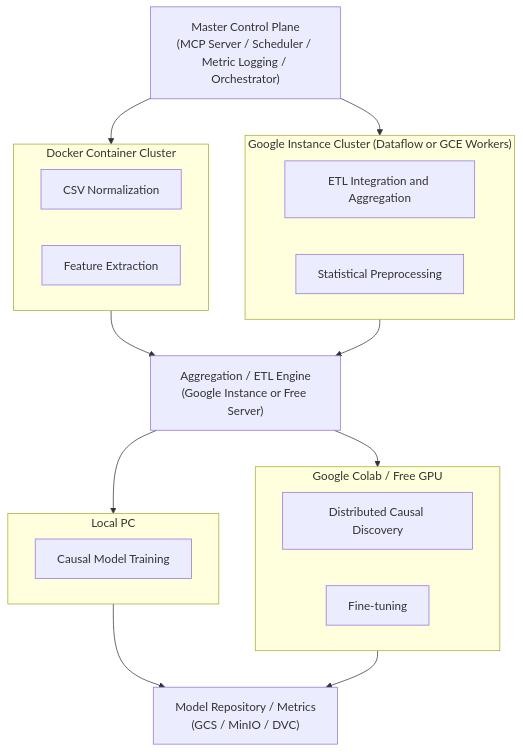
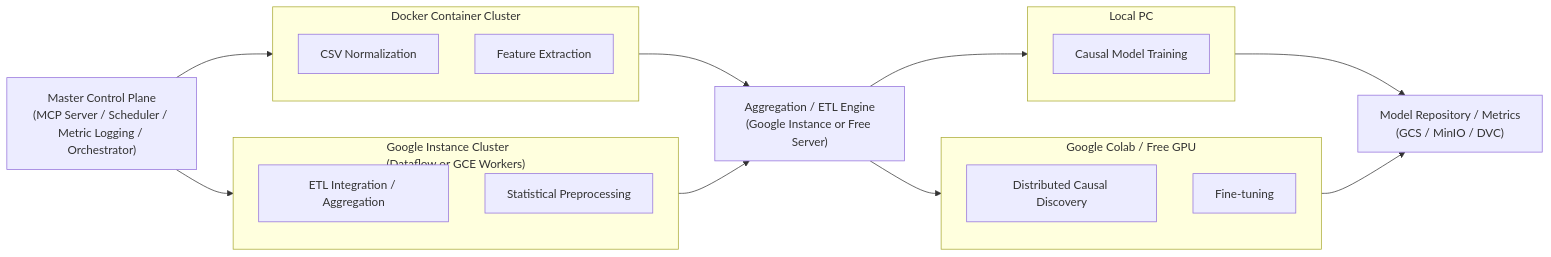
The diagram in SYSTEM_ARCHE.md (bertshun/testmodel), drawn with Mermaid before and after one commit.

Commit message:
add arch version 11

````diff
--- a/SYSTEM_ARCHE.md
+++ b/SYSTEM_ARCHE.md
@@ -3,55 +3,55 @@
 ```mermaid
-flowchart TB
+flowchart LR
 
 %% =========================
 %% Control Plane
 %% =========================
 A["Master Control Plane\n(MCP Server / Scheduler / Metric Logging / Orchestrator)"]
 
 %% =========================
 %% Data Processing Layer
 %% =========================
 subgraph B1["Docker Container Cluster"]
     B1a["CSV Normalization"]
     B1b["Feature Extraction"]
 end
 
-subgraph B2["Google Instance Cluster (Dataflow or GCE Workers)"]
-    B2b["ETL Integration and Aggregation"]
-    B2c["Statistical Preprocessing"]
+subgraph B2["Google Instance Cluster\n(Dataflow or GCE Workers)"]
+    B2a["ETL Integration / Aggregation"]
+    B2b["Statistical Preprocessing"]
 end
 
 %% =========================
 %% Aggregation Layer
 %% =========================
 C["Aggregation / ETL Engine\n(Google Instance or Free Server)"]
 
 %% =========================
 %% Learning Layer
 %% =========================
 subgraph D1["Local PC"]
     D1a["Causal Model Training"]
 end
 
 subgraph D2["Google Colab / Free GPU"]
     D2a["Distributed Causal Discovery"]
     D2b["Fine-tuning"]
 end
 
 %% =========================
 %% Repository Layer
 %% =========================
 E["Model Repository / Metrics\n(GCS / MinIO / DVC)"]
 
 %% =========================
 %% Connections
 %% =========================
 A --> B1
 A --> B2
 B1 --> C
 B2 --> C
 C --> D1
 C --> D2
 D1 --> E
 D2 --> E
 ```
````
